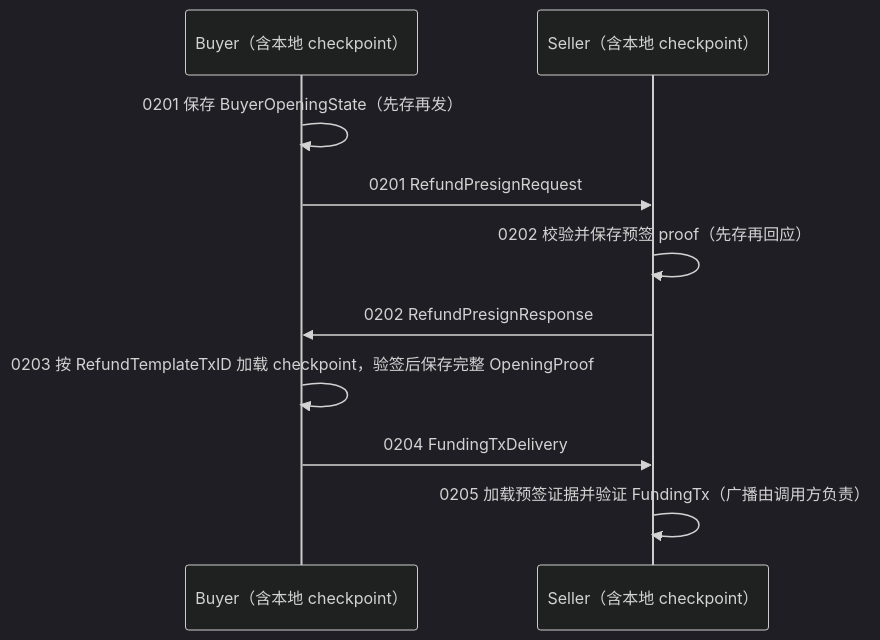
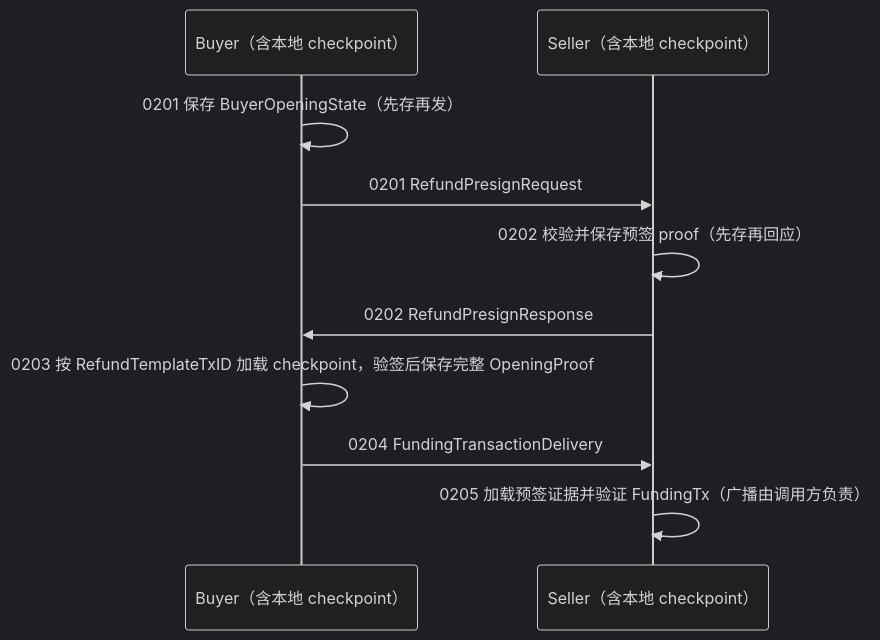
Before and after one commit to bsv8/go-bitfs: the diagram in demo/02_pool_opening/README.md, drawn with Mermaid (dark theme). The commit also changed other lines of this file and 143 other files, not shown here.

````diff
--- a/demo/02_pool_opening/README.md
+++ b/demo/02_pool_opening/README.md
@@ -5,13 +5,13 @@
 ```mermaid
 sequenceDiagram
     participant B as Buyer（含本地 checkpoint）
     participant S as Seller（含本地 checkpoint）
 
     B->>B: 0201 保存 BuyerOpeningState（先存再发）
     B->>S: 0201 RefundPresignRequest
     S->>S: 0202 校验并保存预签 proof（先存再回应）
     S->>B: 0202 RefundPresignResponse
     B->>B: 0203 按 RefundTemplateTxID 加载 checkpoint，验签后保存完整 OpeningProof
-    B->>S: 0204 FundingTxDelivery
+    B->>S: 0204 FundingTransactionDelivery
     S->>S: 0205 加载预签证据并验证 FundingTx（广播由调用方负责）
 ```
````
